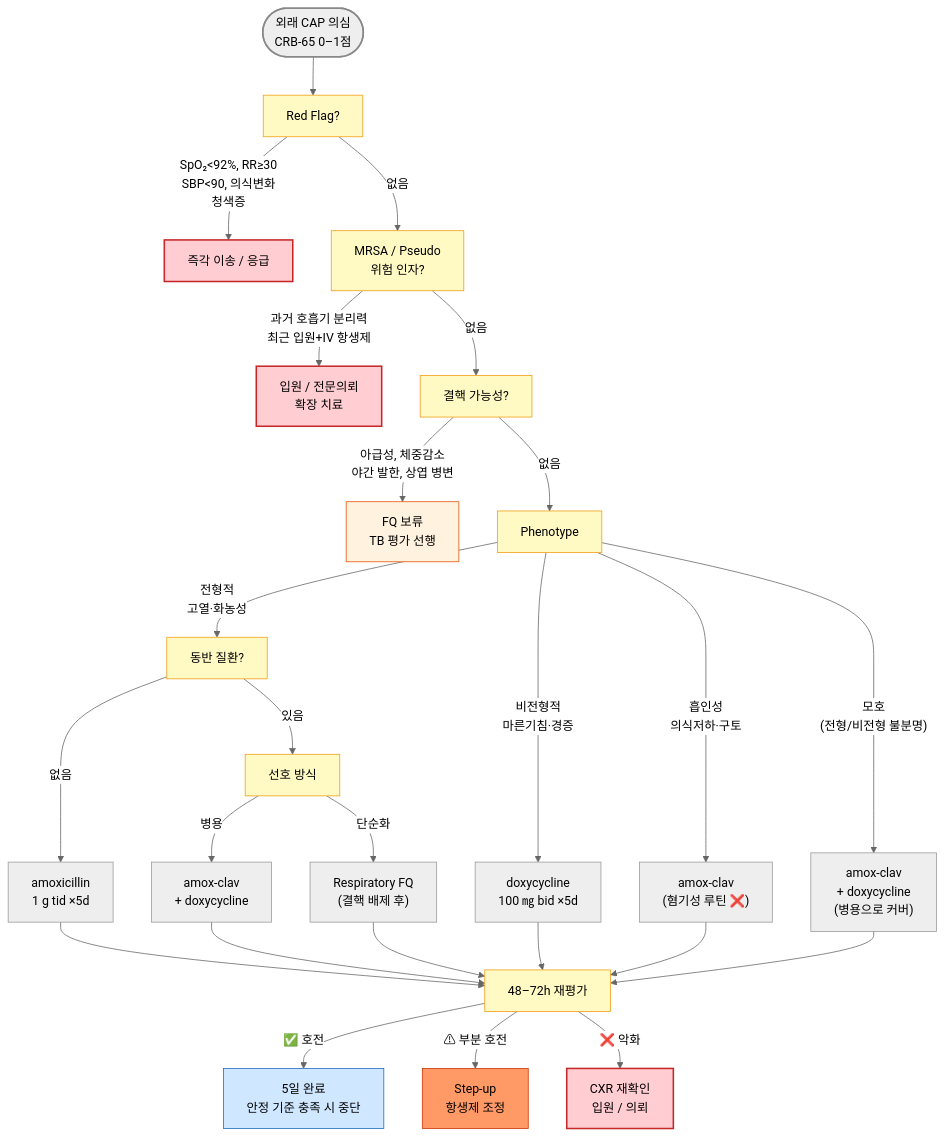
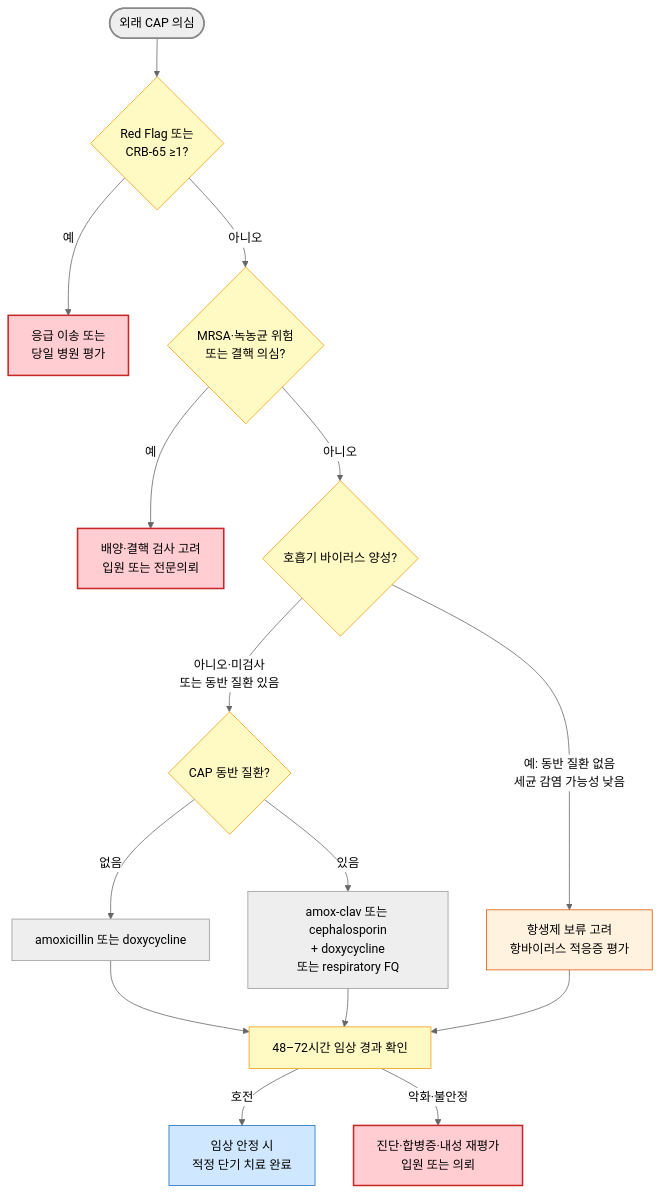
One commit to familyoh77/familyoh77 changed the first of 2 diagrams in 223_/068_-pneumonia.md. Above: the diagram before and after it, drawn with Mermaid (neutral theme). The commit also changed other lines of this file and 7 other files, not shown here.

````diff
--- a/223_/068_-pneumonia.md
+++ b/223_/068_-pneumonia.md
@@ -157,43 +154,25 @@
 ```mermaid
 flowchart TD
-    A([외래 CAP 의심<br/>CRB-65 0–1점]) --> B["Red Flag?"]
-    B -- "SpO₂<92%, RR≥30<br/>SBP<90, 의식변화<br/>청색증" --> C[즉각 이송 / 응급]
-
-    B -- 없음 --> D["MRSA / Pseudo<br/>위험 인자?"]
-    D -- "과거 호흡기 분리력<br/>최근 입원+IV 항생제" --> E[입원 / 전문의뢰<br/>확장 치료]
-    D -- 없음 --> F["결핵 가능성?"]
-
-    F -- "아급성, 체중감소<br/>야간 발한, 상엽 병변" --> G[FQ 보류<br/>TB 평가 선행]
-    F -- 없음 --> H["Phenotype"]
-
-    H -- "전형적<br/>고열·화농성" --> I[동반 질환?]
-    H -- "비전형적<br/>마른기침·경증" --> J[doxycycline<br/>100 ㎎ bid ×5d]
-    H -- "흡인성<br/>의식저하·구토" --> K["amox-clav<br/>(혐기성 루틴 ❌)"]
-    H -- "모호<br/>(전형/비전형 불분명)" --> H2["amox-clav<br/>+ doxycycline<br/>(병용으로 커버)"]
-
-    I -- 없음 --> L[amoxicillin<br/>1 g tid ×5d]
-    I -- 있음 --> M[선호 방식]
-    M -- 병용 --> N[amox-clav<br/>+ doxycycline]
-    M -- 단순화 --> O["Respiratory FQ<br/>(결핵 배제 후)"]
-
-    L --> P["48–72h 재평가"]
-    J --> P
-    H2 --> P
-    K --> P
-    N --> P
-    O --> P
-
-    P -- "✅ 호전" --> Q[5일 완료<br/>안정 기준 충족 시 중단]
-    P -- "⚠ 부분 호전" --> R[Step-up<br/>항생제 조정]
-    P -- "❌ 악화" --> S[CXR 재확인<br/>입원 / 의뢰]
+    A([외래 CAP 의심]) --> B{"Red Flag 또는<br/>CRB-65 ≥1?"}
+    B -- 예 --> C[응급 이송 또는<br/>당일 병원 평가]
+    B -- 아니오 --> D{"MRSA·녹농균 위험<br/>또는 결핵 의심?"}
+    D -- 예 --> E[배양·결핵 검사 고려<br/>입원 또는 전문의뢰]
+    D -- 아니오 --> F{"호흡기 바이러스 양성?"}
+    F -- "예: 동반 질환 없음<br/>세균 감염 가능성 낮음" --> G[항생제 보류 고려<br/>항바이러스 적응증 평가]
+    F -- "아니오·미검사<br/>또는 동반 질환 있음" --> H{CAP 동반 질환?}
+    H -- 없음 --> I[amoxicillin 또는 doxycycline]
+    H -- 있음 --> J[amox-clav 또는 cephalosporin<br/>+ doxycycline<br/>또는 respiratory FQ]
+    I --> K[48–72시간 임상 경과 확인]
+    J --> K
+    G --> K
+    K -- 호전 --> L[임상 안정 시<br/>적정 단기 치료 완료]
+    K -- 악화·불안정 --> M[진단·합병증·내성 재평가<br/>입원 또는 의뢰]
 style A fill:#eeeeee,stroke:#888888,stroke-width:2px
 classDef yellow fill:#fff9c4,stroke:#f39c12
-class B,D,F,H,I,M,P yellow
+class B,D,F,H,K yellow
 classDef L_red fill:#ffcdd2,stroke:#c62828,stroke-width:2px
-class C,E,S L_red
+class C,E,M L_red
 style G fill:#fff3e0,stroke:#e65100
-
-    style R fill:#ff9966,stroke:#cc3300
-    style Q fill:#d0e8ff,stroke:#1a6abf
+style L fill:#d0e8ff,stroke:#1a6abf
 
 ```
````
